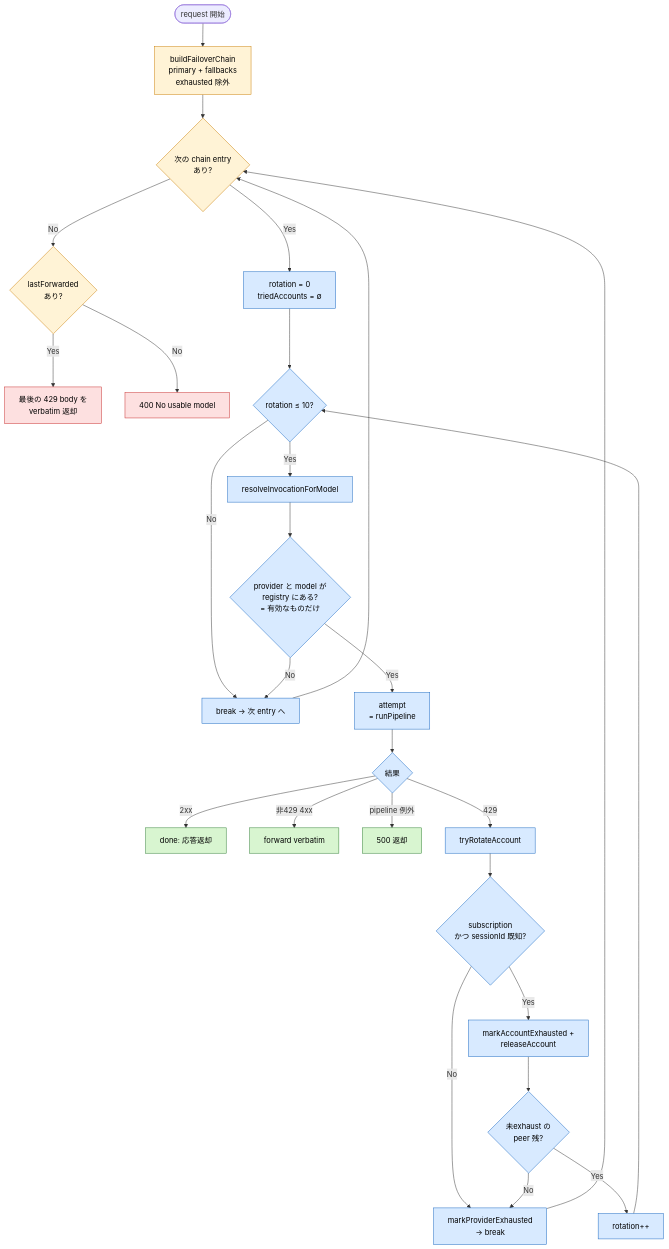
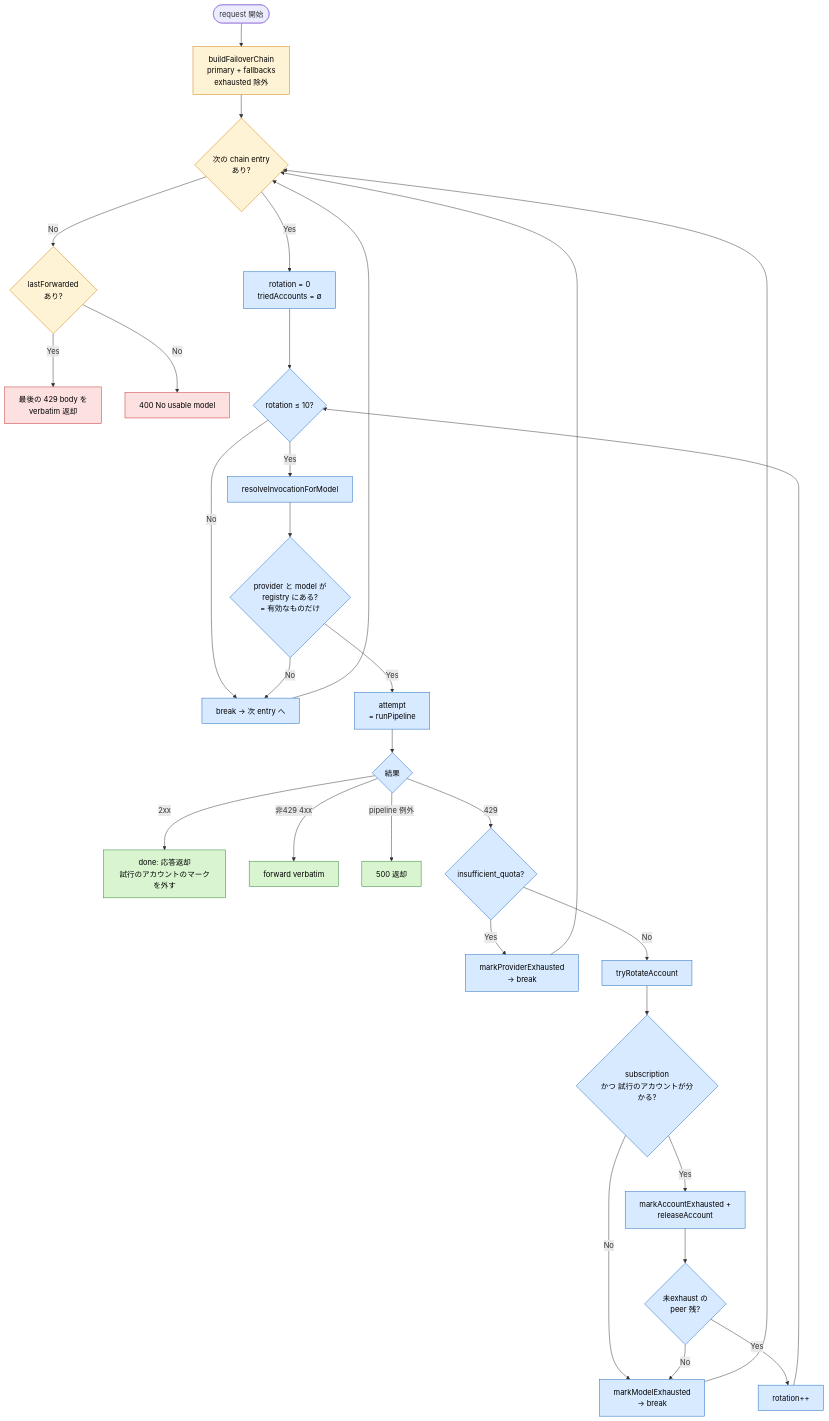
One commit to tkgstrator/rialto changed the fourth of 12 diagrams in docs/architecture/pipeline-overview.md. Above: the diagram before and after it, drawn with Mermaid. The commit also changed other lines of this file and 21 other files, not shown here.

````diff
--- a/docs/architecture/pipeline-overview.md
+++ b/docs/architecture/pipeline-overview.md
@@ -150,38 +157,41 @@
 ```mermaid
 flowchart TD
   classDef outer fill:#fff3d6,stroke:#c97c00,color:#000
   classDef inner fill:#d8eaff,stroke:#1565c0,color:#000
   classDef terminal fill:#d8f5d0,stroke:#2e7d32,color:#000
   classDef fail fill:#fde0e0,stroke:#c62828,color:#000
 
   START([request 開始]) --> BC[buildFailoverChain<br/>primary + fallbacks<br/>exhausted 除外]
   BC --> OUTER{次の chain entry<br/>あり?}
   OUTER -- No --> FINAL{lastForwarded<br/>あり?}
   FINAL -- Yes --> R429[最後の 429 body を<br/>verbatim 返却]:::fail
   FINAL -- No --> R400[400 No usable model]:::fail
 
   OUTER -- Yes --> INNERINIT[rotation = 0<br/>triedAccounts = ∅]
   INNERINIT --> ROTCHK{rotation ≤ 10?}
   ROTCHK -- No --> BREAK[break → 次 entry へ]
   ROTCHK -- Yes --> RI[resolveInvocationForModel]
   RI --> RI1{provider と model が<br/>registry にある?<br/>= 有効なものだけ}
   RI1 -- No --> BREAK
   RI1 -- Yes --> ATT[attempt<br/>= runPipeline]
   ATT --> RES{結果}
-  RES -- 2xx --> OK[done: 応答返却]:::terminal
+  RES -- 2xx --> OK[done: 応答返却<br/>試行のアカウントのマークを外す]:::terminal
   RES -- 非429 4xx --> FWD[forward verbatim]:::terminal
   RES -- pipeline 例外 --> PERR[500 返却]:::terminal
-  RES -- 429 --> ROT[tryRotateAccount]
-  ROT --> ROT1{subscription<br/>かつ sessionId 既知?}
-  ROT1 -- No --> MK[markProviderExhausted<br/>→ break]
+  RES -- 429 --> IQ{insufficient_quota?}
+  IQ -- Yes --> MKP[markProviderExhausted<br/>→ break]
+  IQ -- No --> ROT[tryRotateAccount]
+  ROT --> ROT1{subscription<br/>かつ 試行のアカウントが分かる?}
+  ROT1 -- No --> MK[markModelExhausted<br/>→ break]
   ROT1 -- Yes --> MAEX[markAccountExhausted +<br/>releaseAccount]
   MAEX --> PEER{未exhaust の<br/>peer 残?}
   PEER -- No --> MK
   PEER -- Yes --> INC[rotation++]
   INC --> ROTCHK
   MK --> OUTER
+  MKP --> OUTER
   BREAK --> OUTER
 
   class BC,OUTER,FINAL outer
-  class INNERINIT,ROTCHK,RI,RI1,ATT,RES,ROT,ROT1,MAEX,PEER,INC,MK,BREAK inner
+  class INNERINIT,ROTCHK,RI,RI1,ATT,RES,IQ,ROT,ROT1,MAEX,PEER,INC,MK,MKP,BREAK inner
 ```
````
